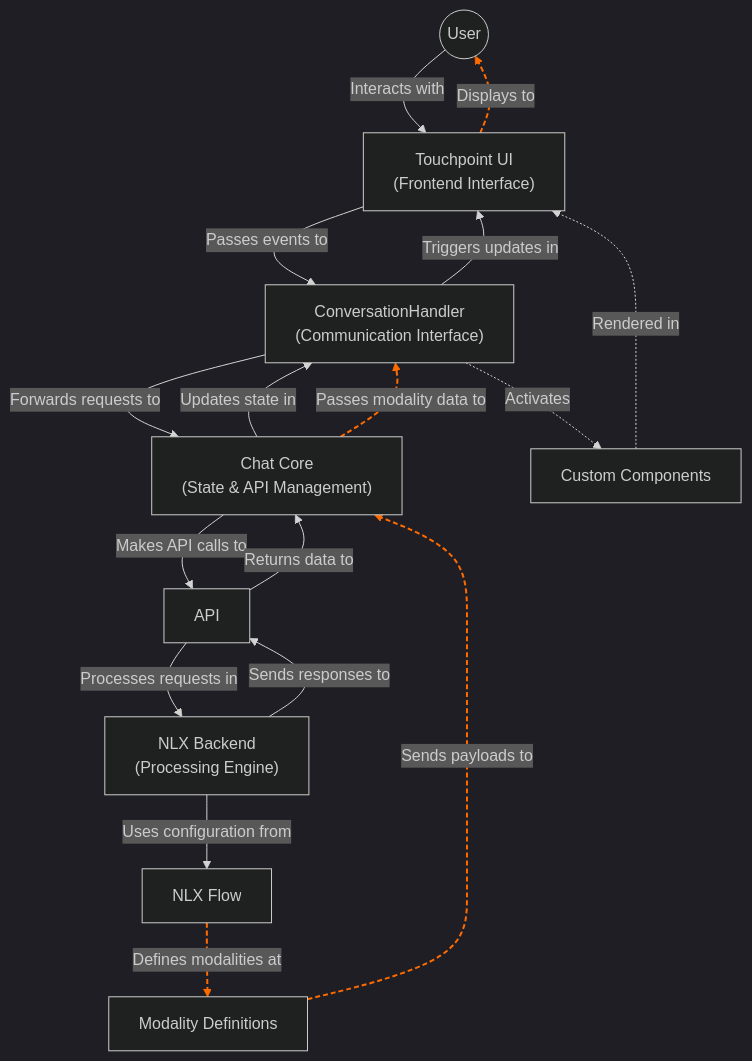
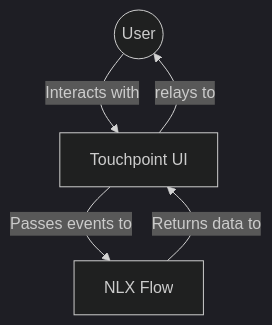
The diagram in packages/website/src/content/01-03-touchpoint-ui-Core-Concepts.md (nlxai/sdk), drawn with Mermaid (dark theme) before and after one commit. The commit also changed other lines of this file and 1 other file, not shown here.

````diff
--- a/packages/website/src/content/01-03-touchpoint-ui-Core-Concepts.md
+++ b/packages/website/src/content/01-03-touchpoint-ui-Core-Concepts.md
@@ -15,40 +9,16 @@
 ```mermaid
 flowchart TD
     %% Client Components
     USER((User))
-    TOUCHPOINT_UI["Touchpoint UI<br>(Frontend Interface)"]:::uiLayer
-    CONVERSATION_HANDLER["ConversationHandler<br>(Communication Interface)"]:::commLayer
-    CHAT_CORE["Chat Core<br>(State & API Management)"]:::commLayer
-
+    TOUCHPOINT_UI["Touchpoint UI"]:::uiLayer
     %% Server Components
-    API["API"]
-    NLX_BACKEND["NLX Backend<br>(Processing Engine)"]:::backendLayer
     NLX_APPLICATION_FLOW["NLX Flow"]:::backendLayer
 
     %% Core Data Flow
     USER -->|Interacts with| TOUCHPOINT_UI
-    TOUCHPOINT_UI -->|Passes events to| CONVERSATION_HANDLER
-    CONVERSATION_HANDLER -->|Forwards requests to| CHAT_CORE
-    CHAT_CORE -->|Makes API calls to| API
-    API -->|Processes requests in| NLX_BACKEND
-    NLX_BACKEND -->|Uses configuration from| NLX_APPLICATION_FLOW
+    TOUCHPOINT_UI -->|Passes events to| NLX_APPLICATION_FLOW
 
     %% Return Path
-    NLX_BACKEND -->|Sends responses to| API
-    API -->|Returns data to| CHAT_CORE
-    CHAT_CORE -->|Updates state in| CONVERSATION_HANDLER
-    CONVERSATION_HANDLER -->|Triggers updates in| TOUCHPOINT_UI
-    TOUCHPOINT_UI -->|Displays to| USER
-
-    %% Modality Flow
-    MODALITY_DEF["Modality Definitions"]:::modalityPath
-    MODALITY_RENDER["Custom Components"]:::modalityPath
-
-    NLX_APPLICATION_FLOW -->|Defines modalities at| MODALITY_DEF
-    MODALITY_DEF -.->|Sends payloads to| CHAT_CORE
-    CHAT_CORE -.->|Passes modality data to| CONVERSATION_HANDLER
-    CONVERSATION_HANDLER -.->|Activates| MODALITY_RENDER
-    MODALITY_RENDER -.->|Rendered in| TOUCHPOINT_UI
-
-    linkStyle 10,11,12,13 stroke:#ff6b00,stroke-width:2px,stroke-dasharray:5 3
+    NLX_APPLICATION_FLOW -->|Returns data to| TOUCHPOINT_UI
+    TOUCHPOINT_UI -->|relays to| USER
 ```
````
